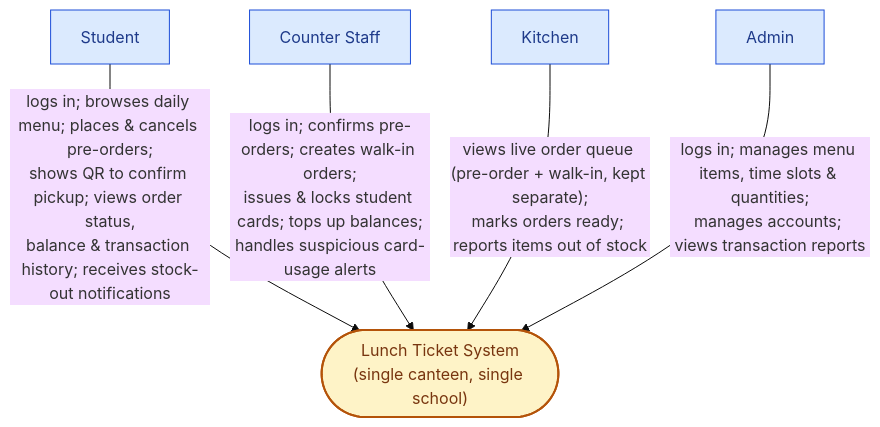
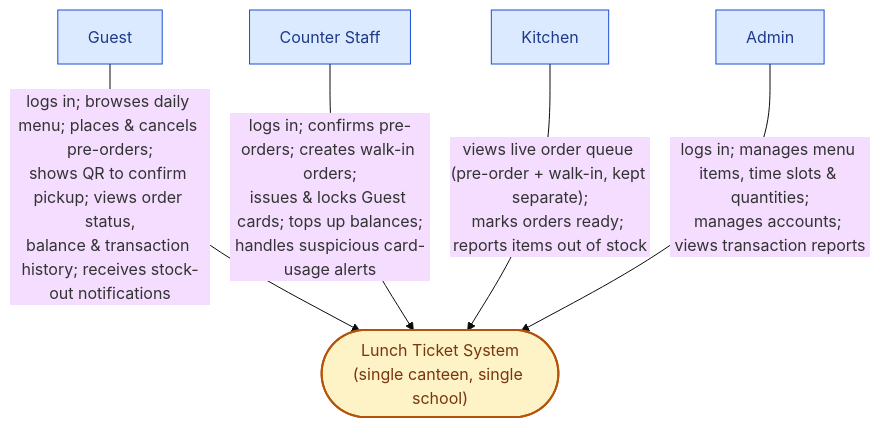
Before and after one commit to KietCorn/Lunch_Ticket_Vin: the diagram in docs/architecture/c4/context.md, drawn with Mermaid (base theme). The commit also changed 15 other files, not shown here.

First line of the commit message:
docs: reorganize API/DB docs into docs/api, embed diagrams in README

````diff
--- a/docs/architecture/c4/context.md
+++ b/docs/architecture/c4/context.md
@@ -11,19 +11,19 @@
 ```mermaid
 flowchart TB
-    Student[Student]
+    Guest[Guest]
     Staff[Counter Staff]
     Kitchen[Kitchen]
     Admin[Admin]
 
     System(["Lunch Ticket System<br/>(single canteen, single school)"])
 
-    Student -- "logs in; browses daily menu; places &amp; cancels pre-orders;<br/>shows QR to confirm pickup; views order status,<br/>balance &amp; transaction history; receives stock-out notifications" --> System
-    Staff -- "logs in; confirms pre-orders; creates walk-in orders;<br/>issues &amp; locks student cards; tops up balances;<br/>handles suspicious card-usage alerts" --> System
+    Guest -- "logs in; browses daily menu; places & cancels pre-orders;<br/>shows QR to confirm pickup; views order status,<br/>balance & transaction history; receives stock-out notifications" --> System
+    Staff -- "logs in; confirms pre-orders; creates walk-in orders;<br/>issues & locks Guest cards; tops up balances;<br/>handles suspicious card-usage alerts" --> System
     Kitchen -- "views live order queue (pre-order + walk-in, kept separate);<br/>marks orders ready; reports items out of stock" --> System
-    Admin -- "logs in; manages menu items, time slots &amp; quantities;<br/>manages accounts; views transaction reports" --> System
+    Admin -- "logs in; manages menu items, time slots & quantities;<br/>manages accounts; views transaction reports" --> System
 
     classDef actor fill:#dbeafe,stroke:#1d4ed8,stroke-width:1px,color:#1e3a8a;
     classDef system fill:#fef3c7,stroke:#b45309,stroke-width:2px,color:#78350f;
-    class Student,Staff,Kitchen,Admin actor;
+    class Guest,Staff,Kitchen,Admin actor;
     class System system;
 ```
````
